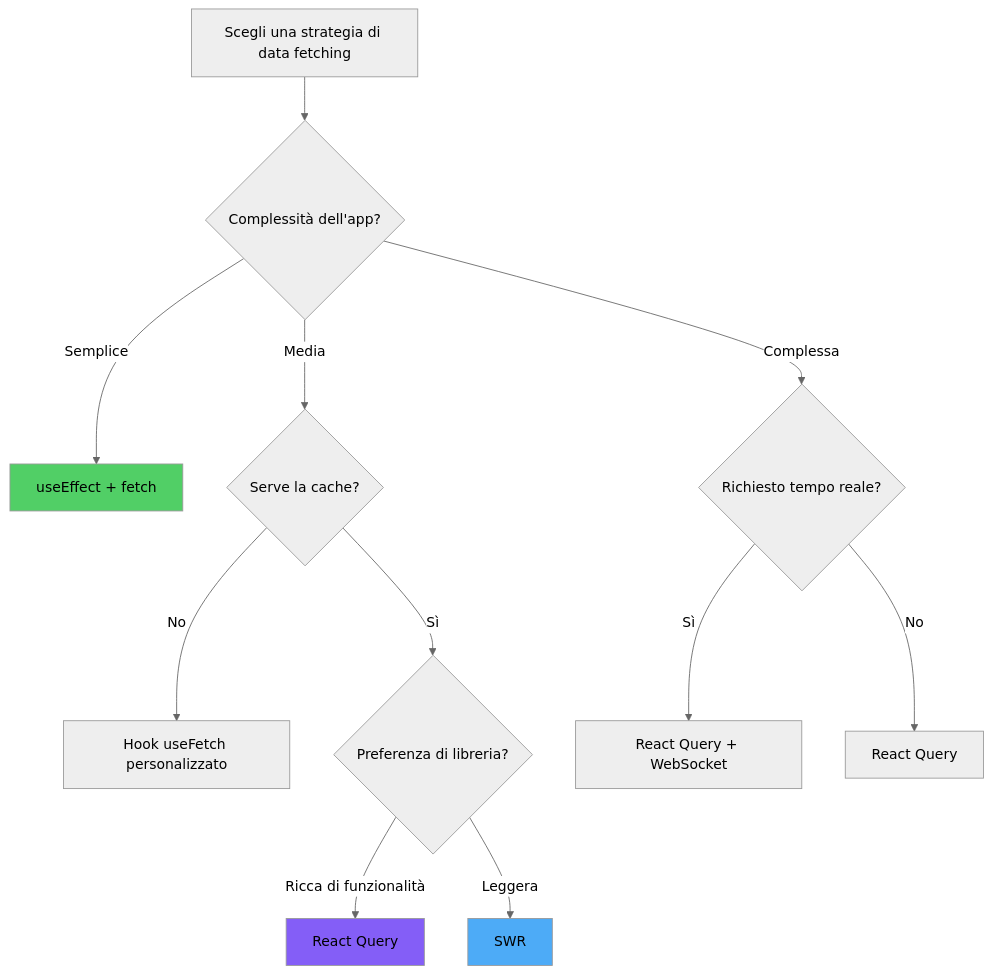
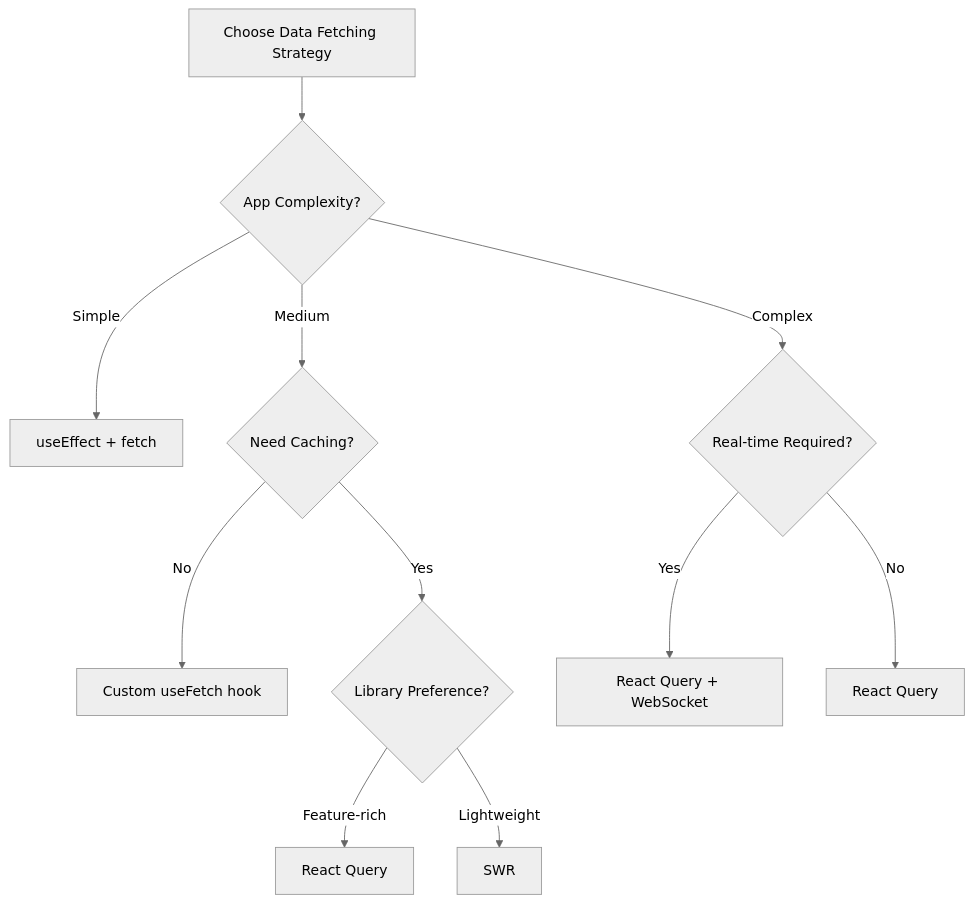
The sixth of 6 diagrams in arguments/chapters/it/07-data-fetching.md (BabaScience/react-guides), drawn with Mermaid (neutral theme) before and after one commit. The commit also changed other lines of this file and 29 other files, not shown here.

First line of the commit message:
Bring React FR/IT translations to full English parity + theme-safe diagrams

````diff
--- a/arguments/chapters/it/07-data-fetching.md
+++ b/arguments/chapters/it/07-data-fetching.md
@@ -382,21 +2076,18 @@
 ```mermaid
 graph TD
-    A["Scegli una strategia di data fetching"] --> B{"Complessità dell'app?"}
-
-    B -->|Semplice| C["useEffect + fetch"]
-    B -->|Media| D{"Serve la cache?"}
-    B -->|Complessa| E{"Richiesto tempo reale?"}
-
-    D -->|No| F["Hook useFetch personalizzato"]
-    D -->|Sì| G{"Preferenza di libreria?"}
-
-    G -->|Ricca di funzionalità| H["React Query"]
-    G -->|Leggera| I["SWR"]
-
-    E -->|Sì| J["React Query + WebSocket"]
-    E -->|No| K["React Query"]
-
-    style C fill:#51cf66
-    style H fill:#845ef7
-    style I fill:#4dabf7
+    A[Choose Data Fetching Strategy] --> B{App Complexity?}
+    
+    B -->|Simple| C[useEffect + fetch]
+    B -->|Medium| D{Need Caching?}
+    B -->|Complex| E{Real-time Required?}
+    
+    D -->|No| F[Custom useFetch hook]
+    D -->|Yes| G{Library Preference?}
+    
+    G -->|Feature-rich| H[React Query]
+    G -->|Lightweight| I[SWR]
+    
+    E -->|Yes| J[React Query + WebSocket]
+    E -->|No| K[React Query]
+    
 ```
````
